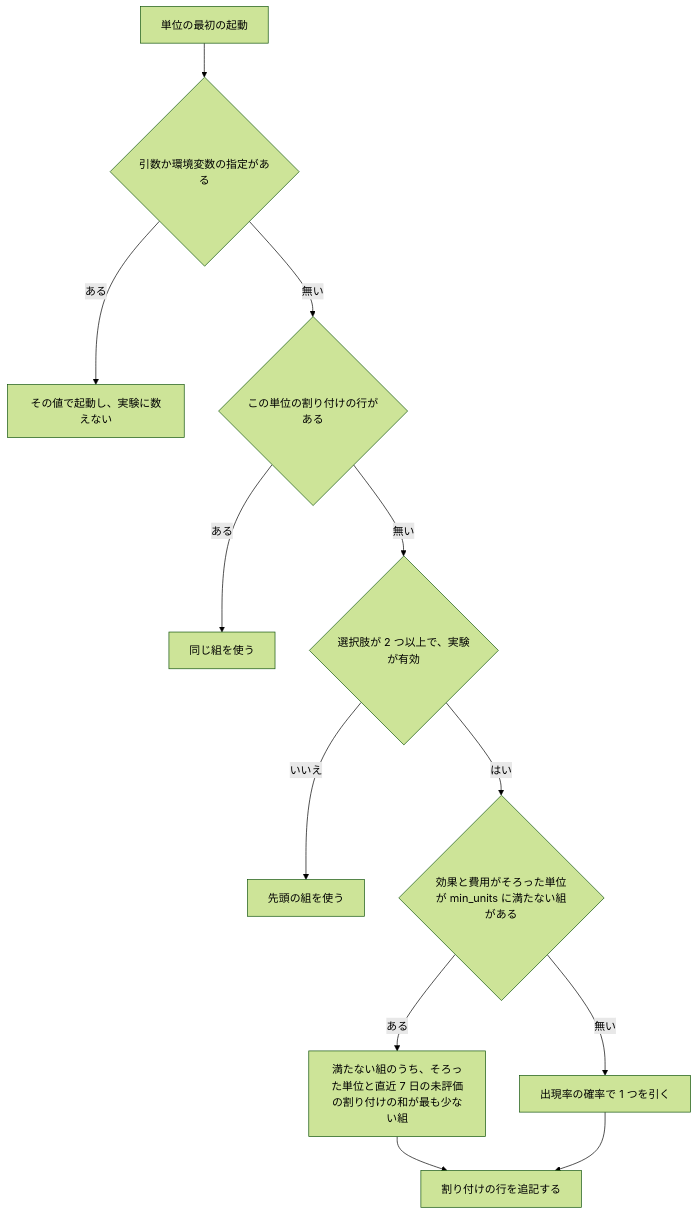
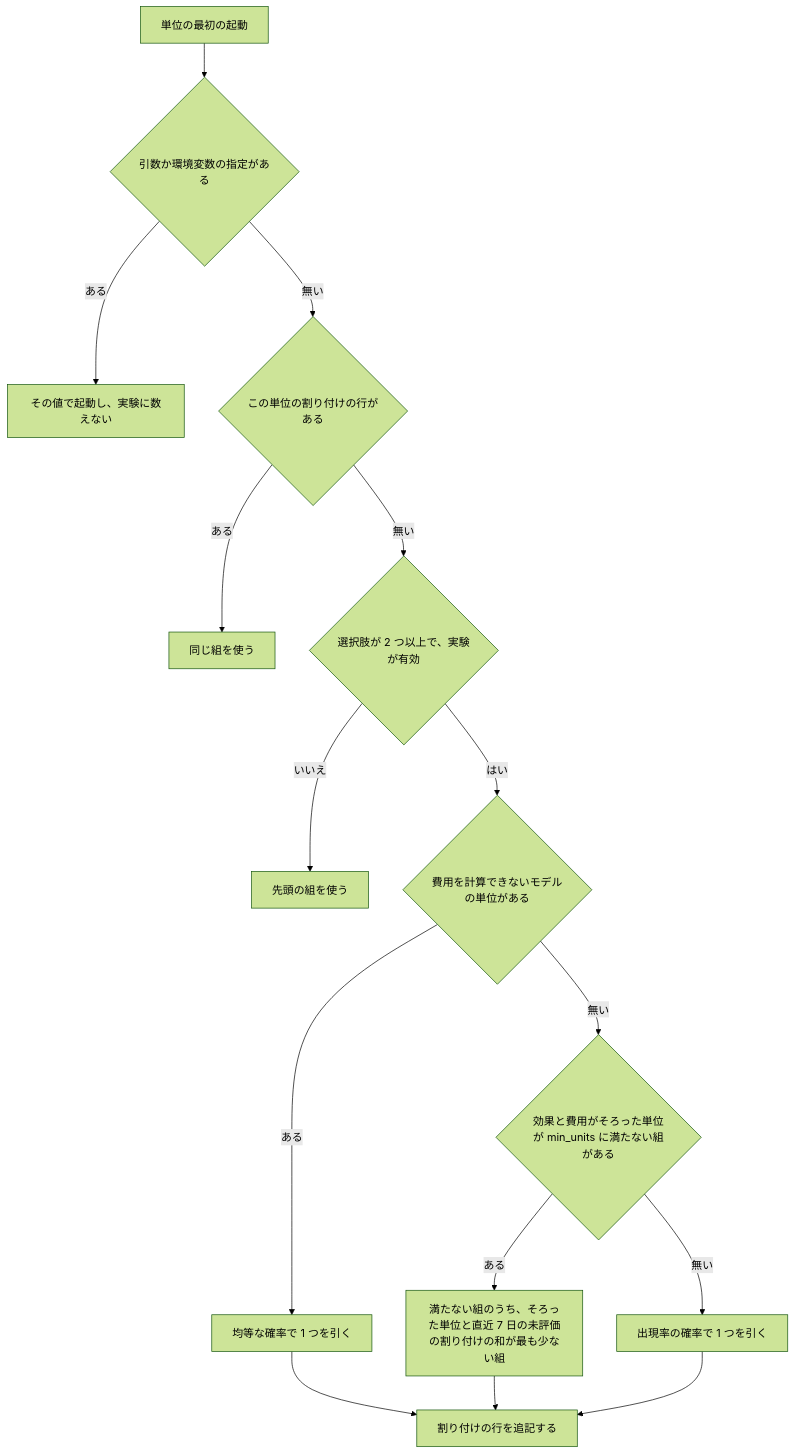
The fourth of 5 diagrams in issues/issue-2944-design.md (devbasex/ai-plugins), drawn with Mermaid (forest theme) before and after one commit. The commit also changed other lines of this file and 1 other file, not shown here.

````diff
--- a/issues/issue-2944-design.md
+++ b/issues/issue-2944-design.md
@@ -365,13 +372,15 @@
 ```mermaid
 graph TD
     A[単位の最初の起動] --> B{引数か環境変数の指定がある}
     B -- ある --> Z[その値で起動し、実験に数えない]
     B -- 無い --> C{この単位の割り付けの行がある}
     C -- ある --> D[同じ組を使う]
     C -- 無い --> E{選択肢が 2 つ以上で、実験が有効}
     E -- いいえ --> F[先頭の組を使う]
-    E -- はい --> G{効果と費用がそろった単位が min_units に満たない組がある}
+    E -- はい --> Y{費用を計算できないモデルの単位がある}
+    Y -- ある --> V[均等な確率で 1 つを引く]
+    Y -- 無い --> G{効果と費用がそろった単位が min_units に満たない組がある}
     G -- ある --> H[満たない組のうち、そろった単位と直近 7 日の未評価の割り付けの和が最も少ない組]
     G -- 無い --> I[出現率の確率で 1 つを引く]
-    H & I --> J[割り付けの行を追記する]
+    V & H & I --> J[割り付けの行を追記する]
 ```
````
